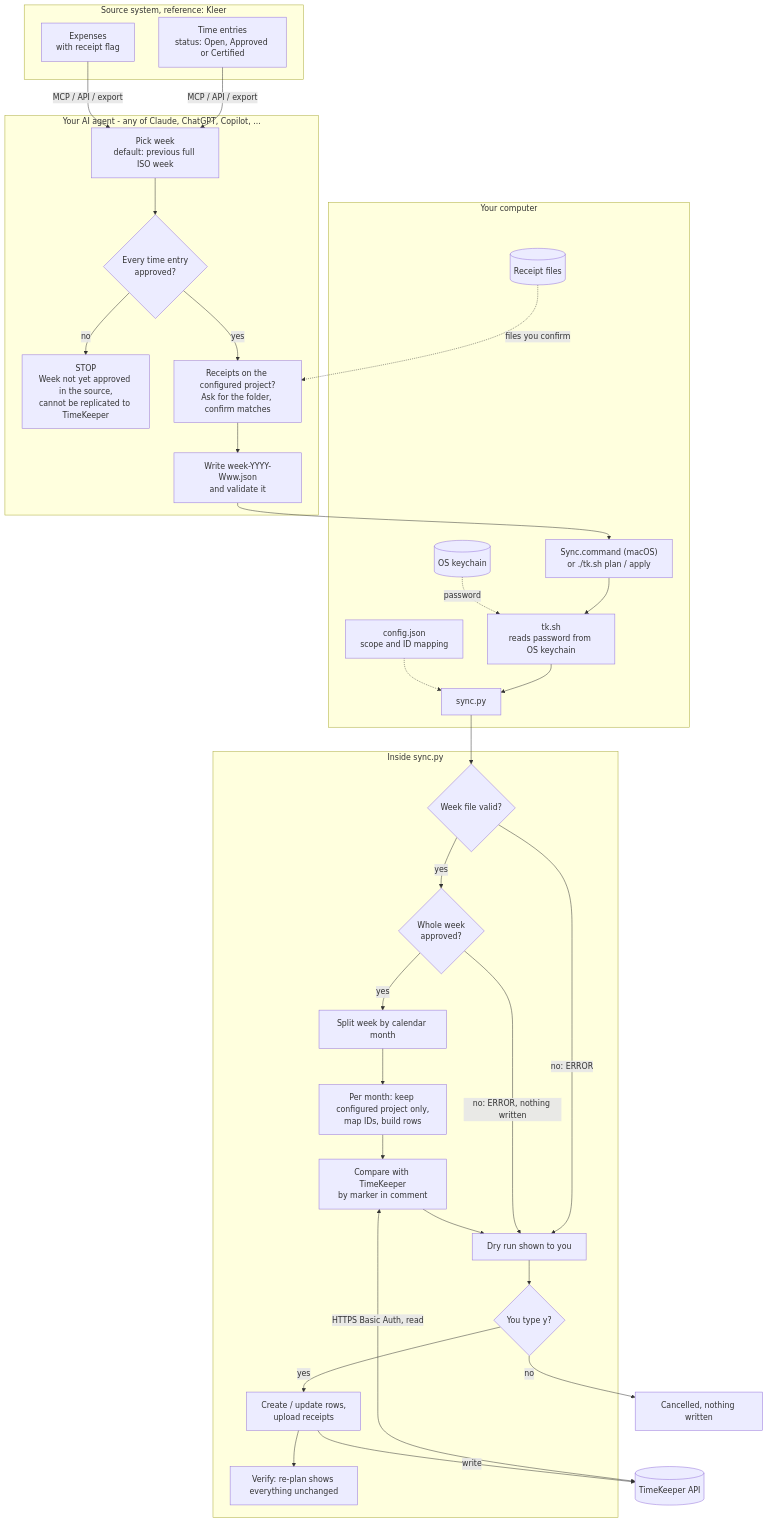
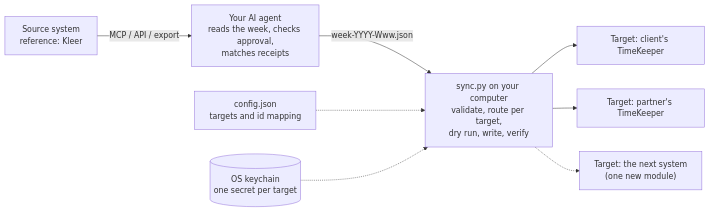
Before and after one commit to ku11endorff/time-assistant: the first of 2 diagrams in README.md, drawn with Mermaid. The commit also changed other lines of this file and 16 other files, not shown here.

````diff
--- a/README.md
+++ b/README.md
@@ -27,65 +45,10 @@
 ```mermaid
-flowchart TD
-    subgraph SRC["Source system, reference: Kleer"]
-        K1["Time entries<br/>status: Open, Approved or Certified"]
-        K2["Expenses<br/>with receipt flag"]
-    end
-
-    subgraph AGENT["Your AI agent - any of Claude, ChatGPT, Copilot, ..."]
-        C1["Pick week<br/>default: previous full ISO week"]
-        C2{"Every time entry<br/>approved?"}
-        C3["STOP<br/>Week not yet approved in the source,<br/>cannot be replicated to TimeKeeper"]
-        C4["Receipts on the configured project?<br/>Ask for the folder, confirm matches"]
-        C5["Write week-YYYY-Www.json<br/>and validate it"]
-    end
-
-    subgraph LOCAL["Your computer"]
-        M1["Sync.command (macOS)<br/>or ./tk.sh plan / apply"]
-        M2["tk.sh<br/>reads password from OS keychain"]
-        M3["sync.py"]
-        M4[("OS keychain")]
-        M5[("Receipt files")]
-        M6["config.json<br/>scope and ID mapping"]
-    end
-
-    subgraph SYNC["Inside sync.py"]
-        S0{"Week file valid?"}
-        S1{"Whole week<br/>approved?"}
-        S2["Split week by calendar month"]
-        S3["Per month: keep configured project only,<br/>map IDs, build rows"]
-        S4["Compare with TimeKeeper<br/>by marker in comment"]
-        S5["Dry run shown to you"]
-        S6{"You type y?"}
-        S7["Create / update rows,<br/>upload receipts"]
-        S8["Verify: re-plan shows everything unchanged"]
-    end
-
-    TK[("TimeKeeper API")]
-
-    K1 -->|"MCP / API / export"| C1
-    K2 -->|"MCP / API / export"| C1
-    C1 --> C2
-    C2 -->|"no"| C3
-    C2 -->|"yes"| C4
-    M5 -.->|"files you confirm"| C4
-    C4 --> C5
-    C5 --> M1
-    M1 --> M2
-    M4 -.->|"password"| M2
-    M2 --> M3
-    M6 -.-> M3
-    M3 --> S0
-    S0 -->|"no: ERROR"| S5
-    S0 -->|"yes"| S1
-    S1 -->|"no: ERROR, nothing written"| S5
-    S1 -->|"yes"| S2
-    S2 --> S3
-    S3 --> S4
-    S4 <-->|"HTTPS Basic Auth, read"| TK
-    S4 --> S5
-    S5 --> S6
-    S6 -->|"no"| X["Cancelled, nothing written"]
-    S6 -->|"yes"| S7
-    S7 -->|"write"| TK
-    S7 --> S8
+flowchart LR
+    SRC["Source system<br/>reference: Kleer"] -->|"MCP / API / export"| AGENT["Your AI agent<br/>reads the week, checks approval,<br/>matches receipts"]
+    AGENT -->|"week-YYYY-Www.json"| SYNC["sync.py on your computer<br/>validate, route per target,<br/>dry run, write, verify"]
+    CFG["config.json<br/>targets and id mapping"] -.-> SYNC
+    KC[("OS keychain<br/>one secret per target")] -.-> SYNC
+    SYNC --> T1["Target: client's TimeKeeper"]
+    SYNC --> T2["Target: partner's TimeKeeper"]
+    SYNC -.-> T3["Target: the next system<br/>(one new module)"]
 ```
````
